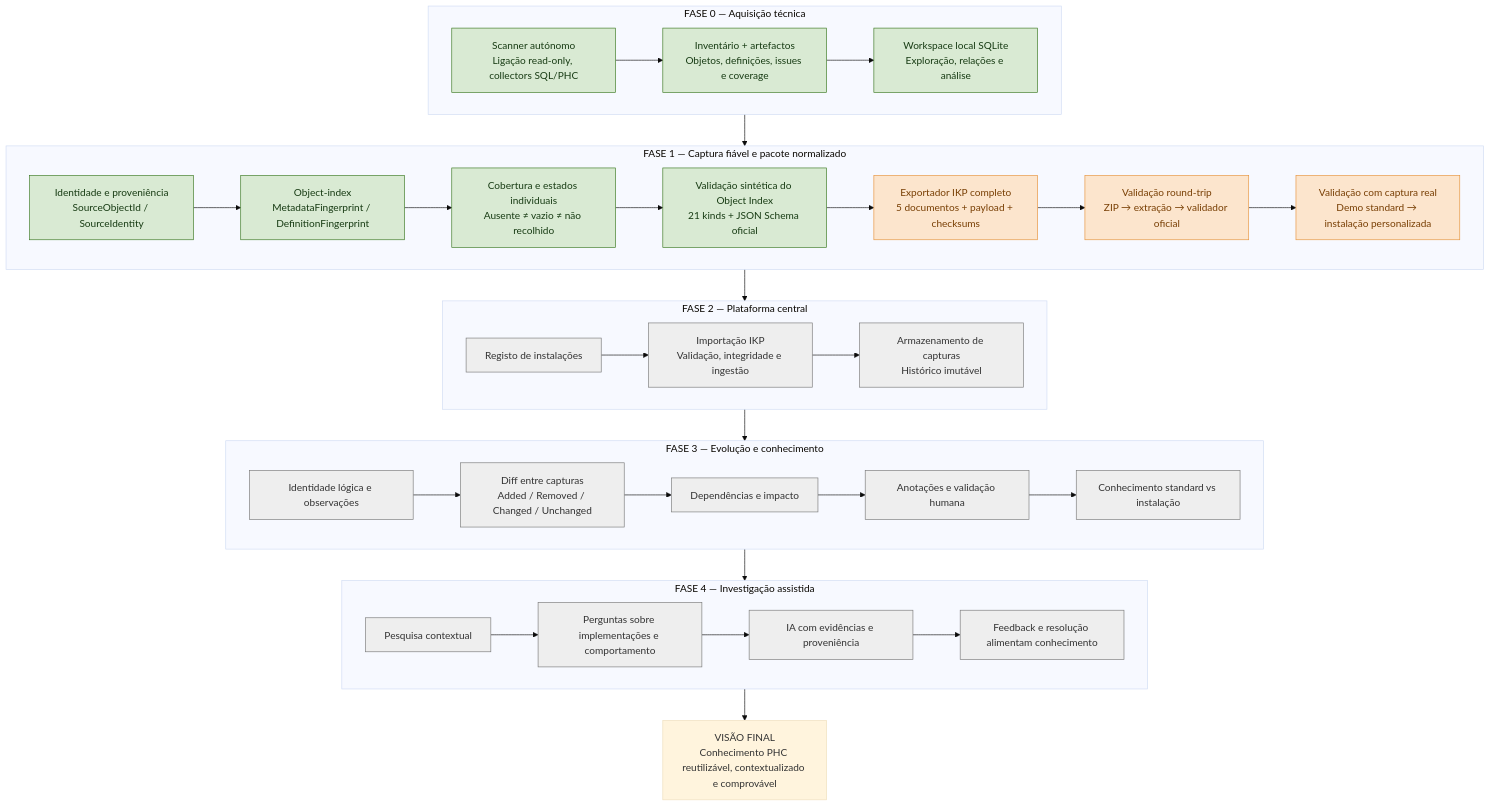
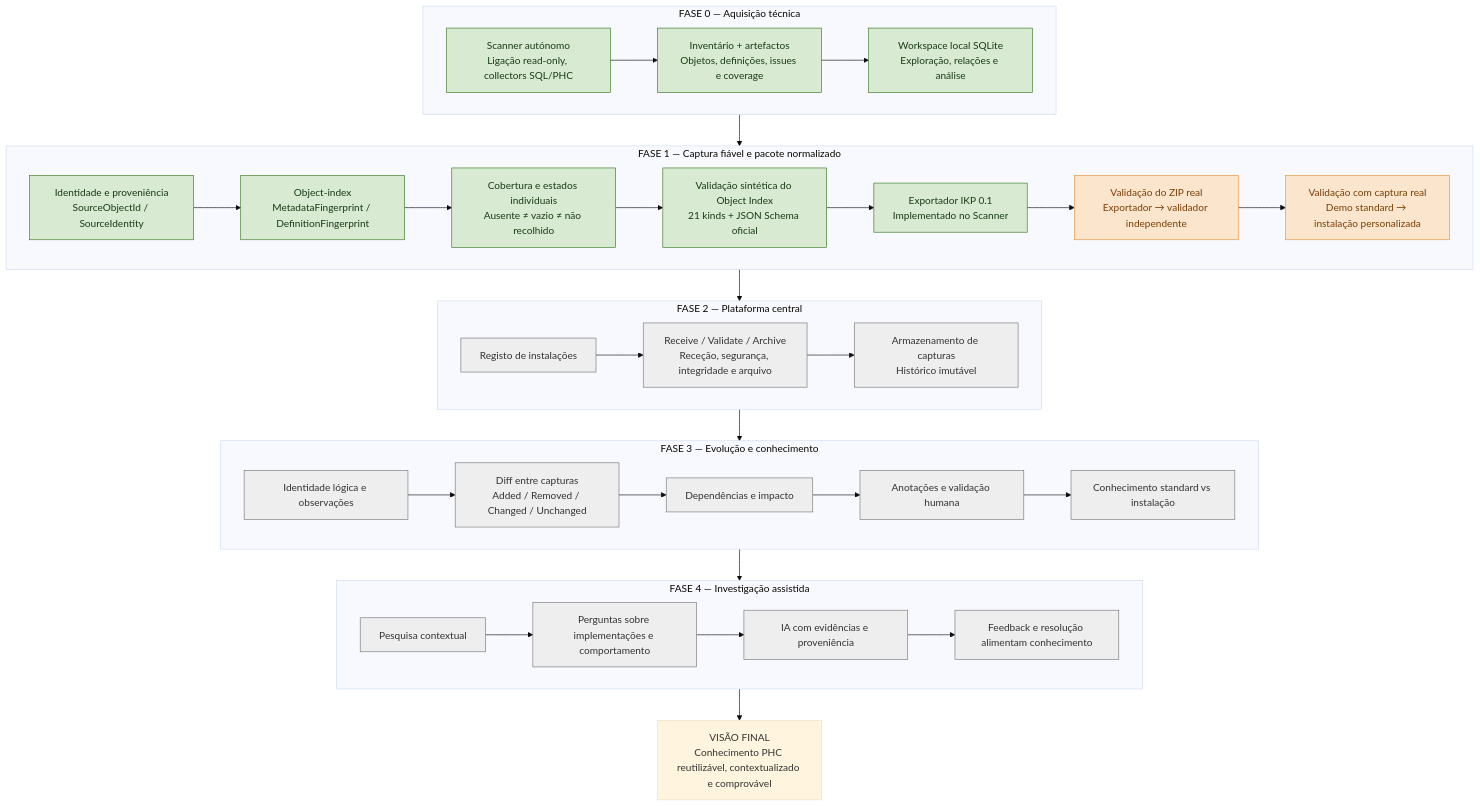
The diagram in docs/architecture/roadmap-visual-phc-knowledge-2026-11-06.md (Jhouinho/PhcKnowledge), drawn with Mermaid (base theme) before and after one commit.

Commit message:
docs: finalizar coerência do roadmap e contratos

````diff
--- a/docs/architecture/roadmap-visual-phc-knowledge-2026-11-06.md
+++ b/docs/architecture/roadmap-visual-phc-knowledge-2026-11-06.md
@@ -29,62 +29,63 @@
 ```mermaid
 flowchart TB
     V["VISÃO FINAL<br/>Conhecimento PHC reutilizável, contextualizado e comprovável"]
 
     subgraph P0["FASE 0 — Aquisição técnica"]
       A1["Scanner autónomo<br/>Ligação read-only, collectors SQL/PHC"]
       A2["Inventário + artefactos<br/>Objetos, definições, issues e coverage"]
       A3["Workspace local SQLite<br/>Exploração, relações e análise"]
       A1 --> A2 --> A3
     end
 
     subgraph P1["FASE 1 — Captura fiável e pacote normalizado"]
       B1["Identidade e proveniência<br/>SourceObjectId / SourceIdentity"]
       B2["Object-index<br/>MetadataFingerprint / DefinitionFingerprint"]
       B3["Cobertura e estados individuais<br/>Ausente ≠ vazio ≠ não recolhido"]
       B4["Validação sintética do Object Index<br/>21 kinds + JSON Schema oficial"]
-      B5["Exportador IKP completo<br/>5 documentos + payload + checksums"]
-      B6["Validação round-trip<br/>ZIP → extração → validador oficial"]
+      B5["Exportador IKP 0.1<br/>Implementado no Scanner"]
+      B6["Validação do ZIP real<br/>Exportador → validador independente"]
       B7["Validação com captura real<br/>Demo standard → instalação personalizada"]
       B1 --> B2
       B2 --> B3
       B3 --> B4 --> B5 --> B6 --> B7
     end
 
     subgraph P2["FASE 2 — Plataforma central"]
       C1["Registo de instalações"]
-      C2["Importação IKP<br/>Validação, integridade e ingestão"]
+      C2["Receive / Validate / Archive<br/>Receção, segurança, integridade e arquivo"]
       C3["Armazenamento de capturas<br/>Histórico imutável"]
       C1 --> C2 --> C3
     end
 
     subgraph P3["FASE 3 — Evolução e conhecimento"]
       D1["Identidade lógica e observações"]
       D2["Diff entre capturas<br/>Added / Removed / Changed / Unchanged"]
       D3["Dependências e impacto"]
       D4["Anotações e validação humana"]
       D5["Conhecimento standard vs instalação"]
       D1 --> D2 --> D3
       D3 --> D4 --> D5
     end
 
     subgraph P4["FASE 4 — Investigação assistida"]
       E1["Pesquisa contextual"]
       E2["Perguntas sobre implementações e comportamento"]
       E3["IA com evidências e proveniência"]
       E4["Feedback e resolução alimentam conhecimento"]
       E1 --> E2 --> E3 --> E4
     end
 
     V
     P0 --> P1 --> P2 --> P3 --> P4 --> V
 
     classDef done fill:#d9ead3,stroke:#38761d,color:#173b13
     classDef progress fill:#fff2cc,stroke:#bf9000,color:#5b4300
     classDef pending fill:#eeeeee,stroke:#777,color:#333
     classDef validation fill:#fce5cd,stroke:#e69138,color:#783f04
 
     class A1,A2,A3 done
     class B1,B2,B3,B4 done
-    class B5,B6,B7 validation
+    class B5 done
+    class B6,B7 validation
     class C1,C2,C3,D1,D2,D3,D4,D5,E1,E2,E3,E4 pending
 ```
````
